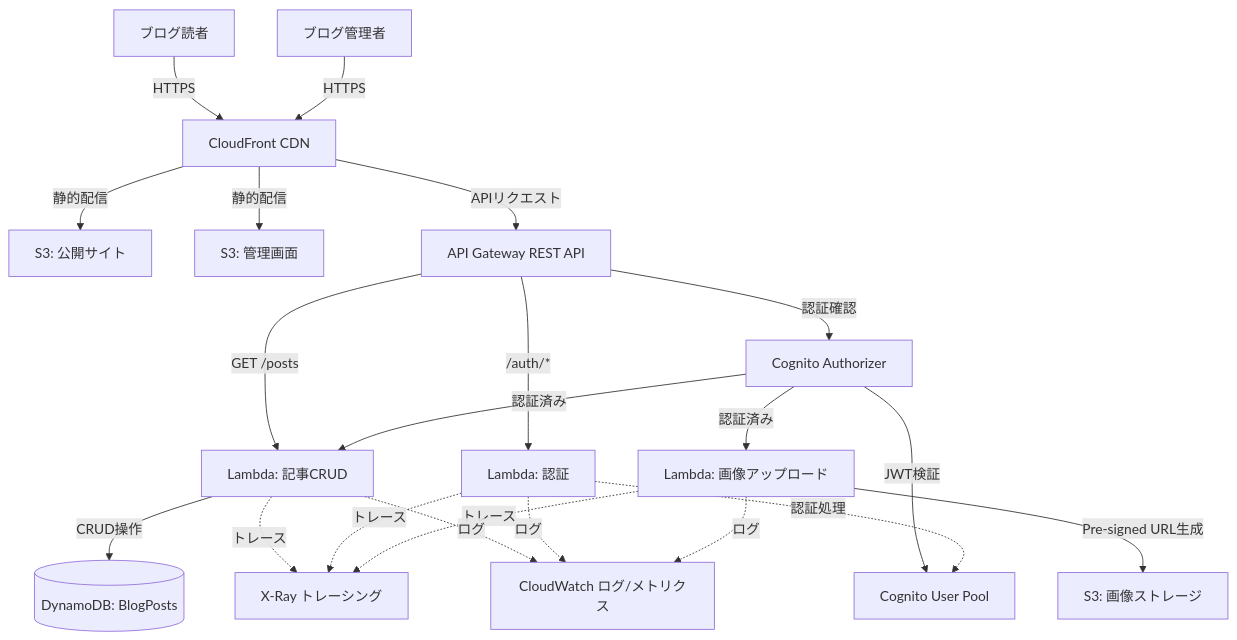
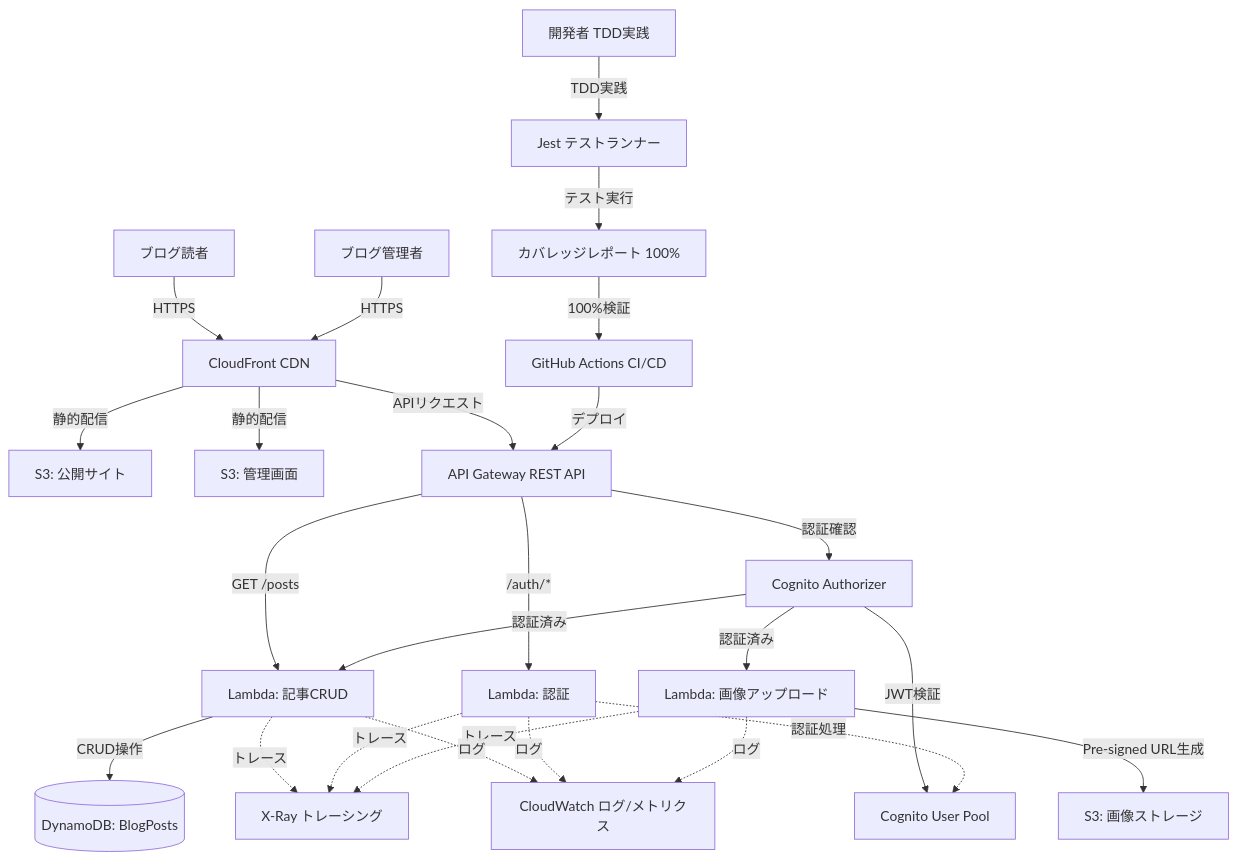
The first of 7 diagrams in .kiro/specs/serverless-blog-aws/design.md (okshin-yk-private/serverlessBlog), drawn with Mermaid before and after one commit. The commit also changed other lines of this file and 248 other files, not shown here.

````diff
--- a/.kiro/specs/serverless-blog-aws/design.md
+++ b/.kiro/specs/serverless-blog-aws/design.md
@@ -42,50 +46,60 @@
 ```mermaid
 graph TB
     Reader[ブログ読者]
     Admin[ブログ管理者]
+    Dev[開発者 TDD実践]
 
     CloudFront[CloudFront CDN]
     PublicSite[S3: 公開サイト]
     AdminSite[S3: 管理画面]
 
     APIGateway[API Gateway REST API]
     CognitoAuth[Cognito Authorizer]
 
     PostsLambda[Lambda: 記事CRUD]
     AuthLambda[Lambda: 認証]
     ImageLambda[Lambda: 画像アップロード]
 
     DynamoDB[(DynamoDB: BlogPosts)]
     S3Images[S3: 画像ストレージ]
     Cognito[Cognito User Pool]
 
     XRay[X-Ray トレーシング]
     CloudWatch[CloudWatch ログ/メトリクス]
+
+    CICD[GitHub Actions CI/CD]
+    Jest[Jest テストランナー]
+    Coverage[カバレッジレポート 100%]
 
     Reader -->|HTTPS| CloudFront
     Admin -->|HTTPS| CloudFront
 
     CloudFront -->|静的配信| PublicSite
     CloudFront -->|静的配信| AdminSite
     CloudFront -->|APIリクエスト| APIGateway
 
     APIGateway -->|GET /posts| PostsLambda
     APIGateway -->|認証確認| CognitoAuth
     CognitoAuth -->|JWT検証| Cognito
     CognitoAuth -->|認証済み| PostsLambda
     CognitoAuth -->|認証済み| ImageLambda
 
     APIGateway -->|/auth/*| AuthLambda
     AuthLambda -.認証処理.-> Cognito
 
     PostsLambda -->|CRUD操作| DynamoDB
     ImageLambda -->|Pre-signed URL生成| S3Images
 
     PostsLambda -.トレース.-> XRay
     AuthLambda -.トレース.-> XRay
     ImageLambda -.トレース.-> XRay
 
     PostsLambda -.ログ.-> CloudWatch
     AuthLambda -.ログ.-> CloudWatch
     ImageLambda -.ログ.-> CloudWatch
+
+    Dev -->|TDD実践| Jest
+    Jest -->|テスト実行| Coverage
+    Coverage -->|100%検証| CICD
+    CICD -->|デプロイ| APIGateway
 ```
````
